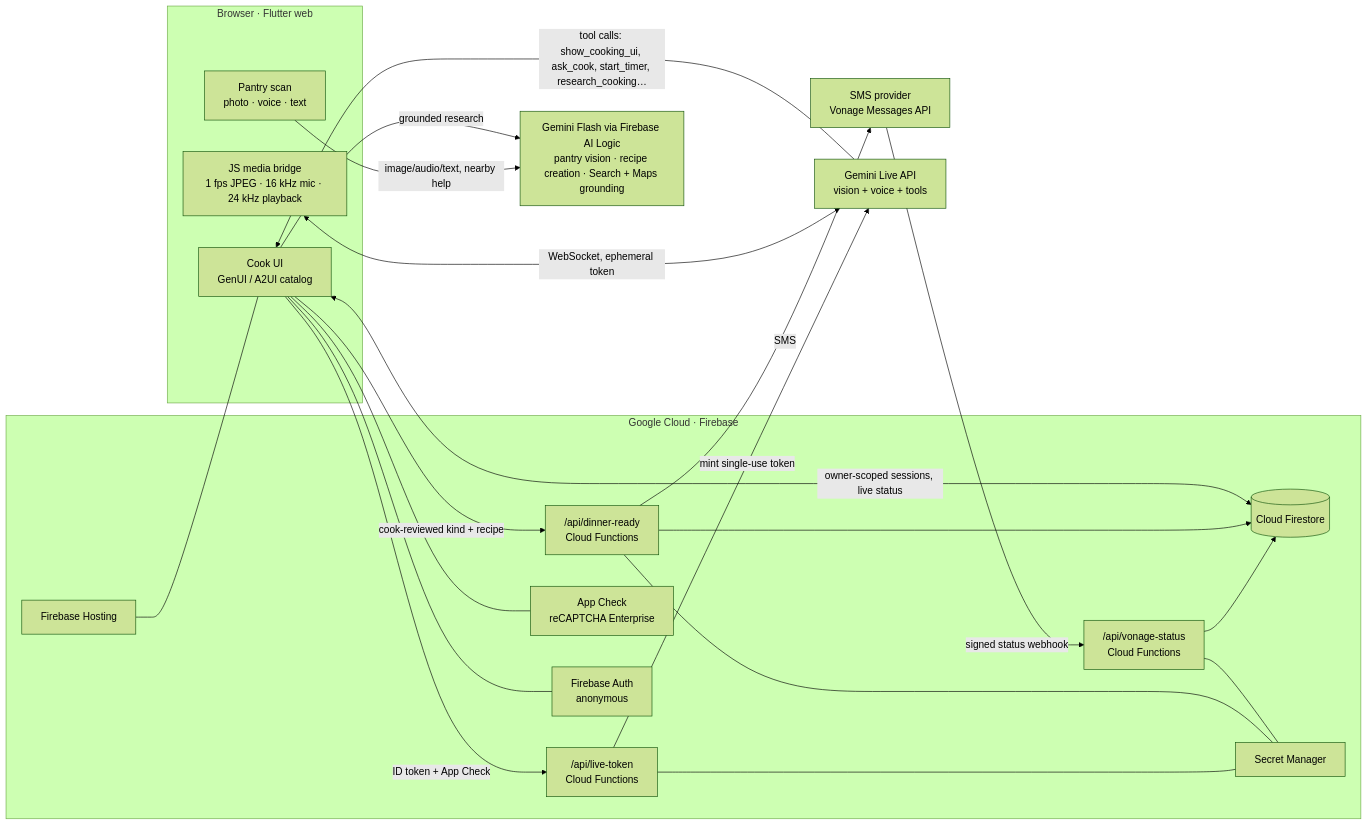
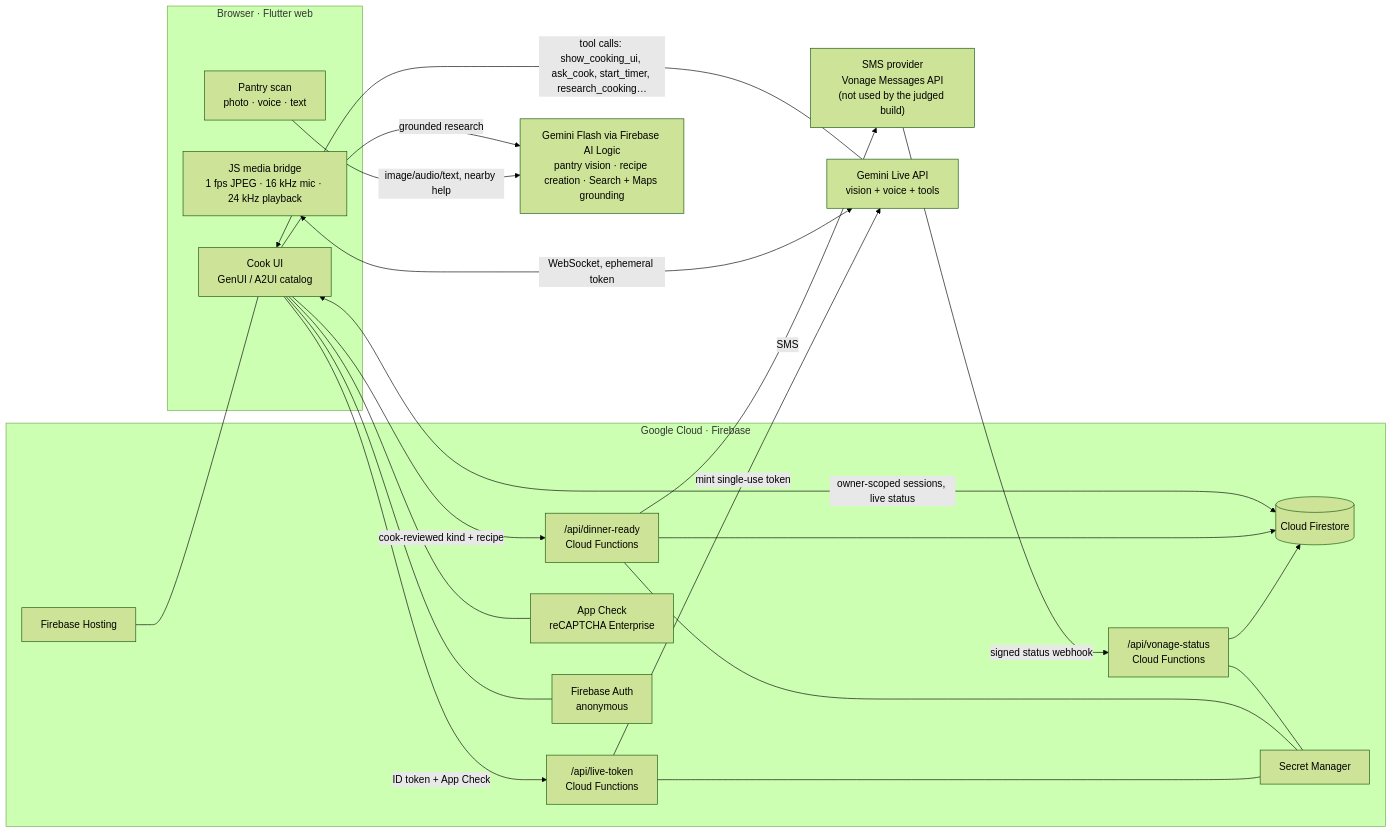
Before and after one commit to terryhh/SousSight: the diagram in README.md, drawn with Mermaid (forest theme). The commit also changed other lines of this file and 5 other files, not shown here.

First line of the commit message:
Match submission and README claims to the judged build

````diff
--- a/README.md
+++ b/README.md
@@ -47,37 +48,37 @@
 ```mermaid
 flowchart LR
   subgraph Browser["Browser · Flutter web"]
     UI["Cook UI<br/>GenUI / A2UI catalog"]
     Pantry["Pantry scan<br/>photo · voice · text"]
     Bridge["JS media bridge<br/>1 fps JPEG · 16 kHz mic · 24 kHz playback"]
   end
   subgraph Google["Google Cloud · Firebase"]
     Hosting["Firebase Hosting"]
     Token["/api/live-token<br/>Cloud Functions"]
     Dinner["/api/dinner-ready<br/>Cloud Functions"]
     Status["/api/vonage-status<br/>Cloud Functions"]
     FS[("Cloud Firestore")]
     SM["Secret Manager"]
     AC["App Check<br/>reCAPTCHA Enterprise"]
     Auth["Firebase Auth<br/>anonymous"]
   end
   Live["Gemini Live API<br/>vision + voice + tools"]
   Flash["Gemini Flash via Firebase AI Logic<br/>pantry vision · recipe creation · Search + Maps grounding"]
-  SMS["SMS provider<br/>Vonage Messages API"]
+  SMS["SMS provider<br/>Vonage Messages API<br/>(not used by the judged build)"]
 
   Pantry -->|image/audio/text, nearby help| Flash
   UI -->|grounded research| Flash
   Bridge <-->|WebSocket, ephemeral token| Live
   Live -->|tool calls: show_cooking_ui, ask_cook, start_timer, research_cooking…| UI
   UI -->|ID token + App Check| Token
   Token -->|mint single-use token| Live
   UI -->|cook-reviewed kind + recipe| Dinner
   Dinner -->|SMS| SMS
   SMS -->|signed status webhook| Status
   Status --> FS
   Dinner --> FS
   UI <-->|owner-scoped sessions, live status| FS
   Token & Dinner & Status --- SM
   UI --- AC & Auth
   Hosting --- UI
 ```
````
